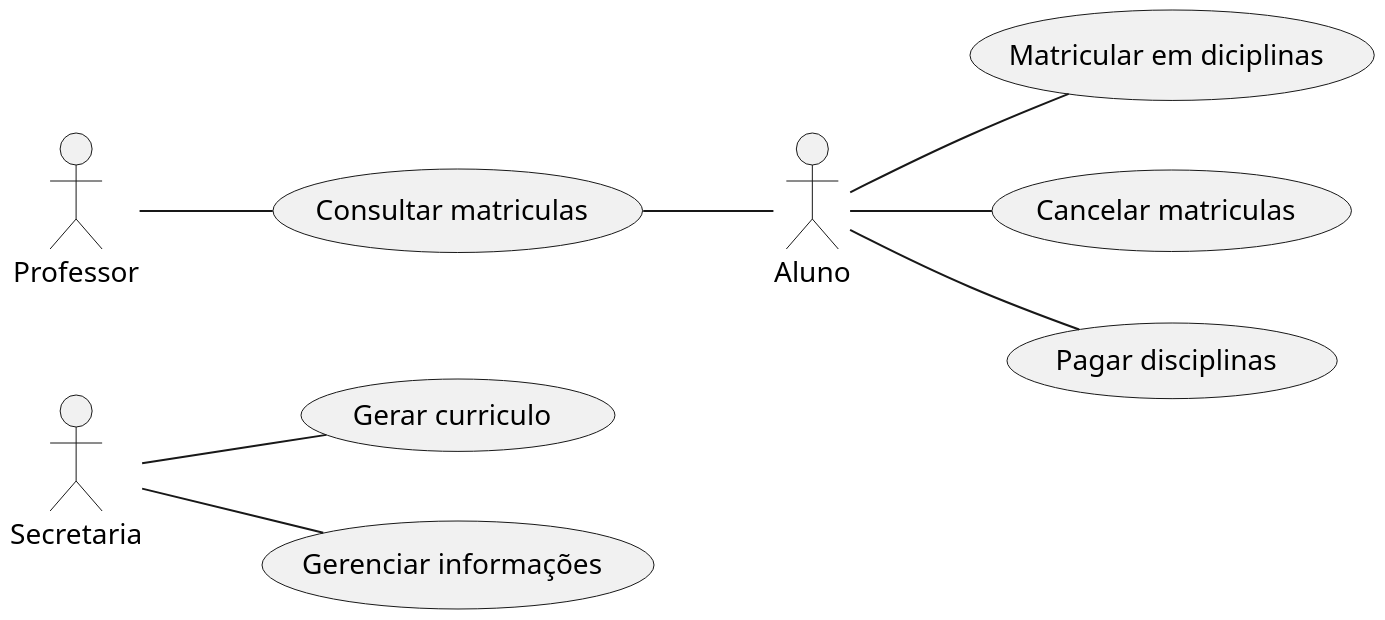
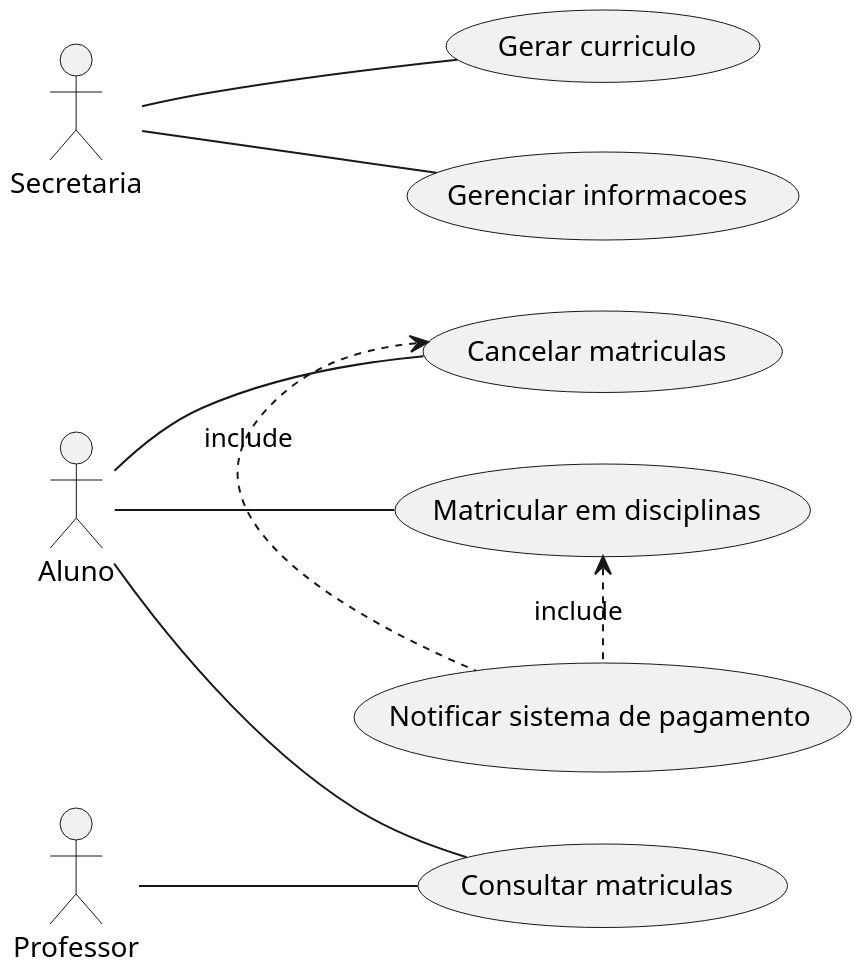
One commit to milenalara/sistema-matricula changed the diagram in project/docs/DiagramaCasoUsoLab01S01.puml. Above: the diagram before and after it, drawn with PlantUML. The commit also changed 8 other files, not shown here.

```diff
--- a/project/docs/DiagramaCasoUsoLab01S01.puml
+++ b/project/docs/DiagramaCasoUsoLab01S01.puml
@@ -1,18 +1,28 @@
-@startuml Diagrama Universidade
+@startuml Diagrama de caso Universidade
 scale 2
 left to right direction 
 actor Secretaria
 actor Professor
 actor Aluno
 
-Secretaria -- (Gerar curriculo)
-Secretaria -- (Gerenciar informações)
+usecase (Notificar sistema de pagamento) as nsp
+usecase (Gerar curriculo) as gc
+usecase (Gerenciar informacoes) as gi
+usecase (Matricular em disciplinas) as med
+usecase (Cancelar matriculas) as canm
+usecase (Consultar matriculas) as conm
 
-Aluno -- (Matricular em diciplinas)
-Aluno -- (Cancelar matriculas)
-Aluno -- (Pagar disciplinas)
+Secretaria -- gc
+Secretaria -- gi
 
-Professor -- (Consultar matriculas)
-(Consultar matriculas) -- Aluno
+Aluno -- med
+Aluno -- canm
+
+Professor -- conm
+Aluno -- conm
+
+canm<.nsp : include
+med<.nsp : include
+
 
 @enduml
```
